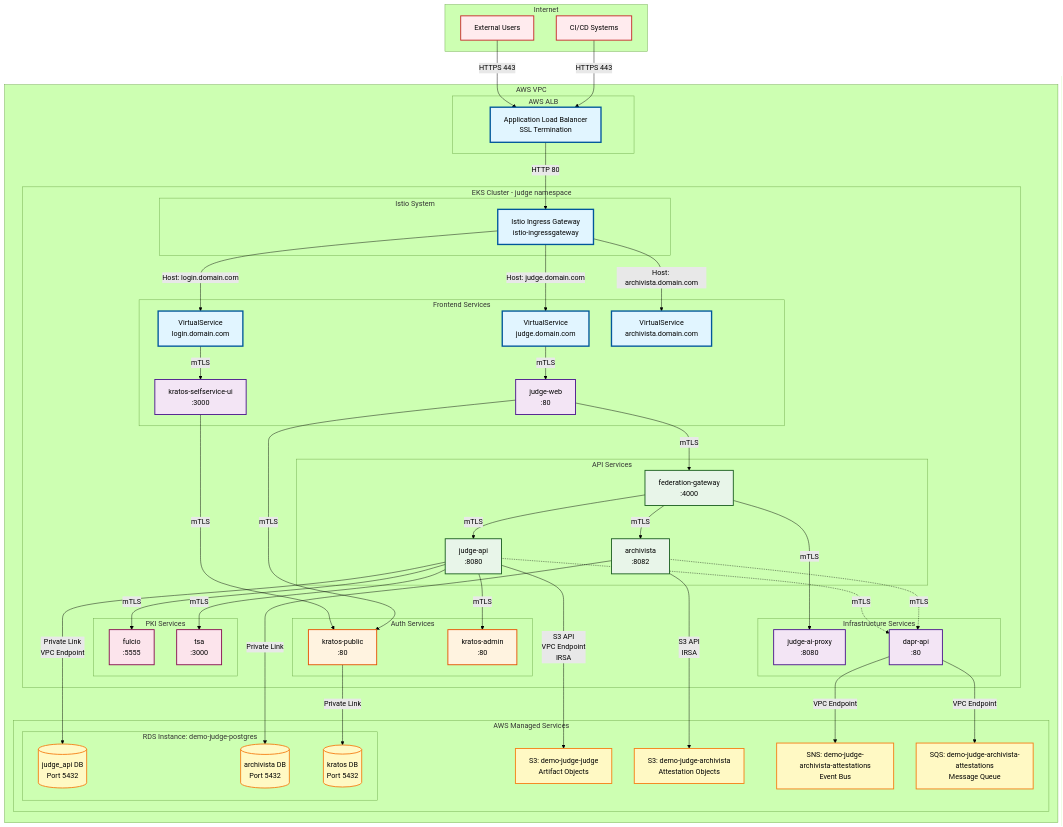
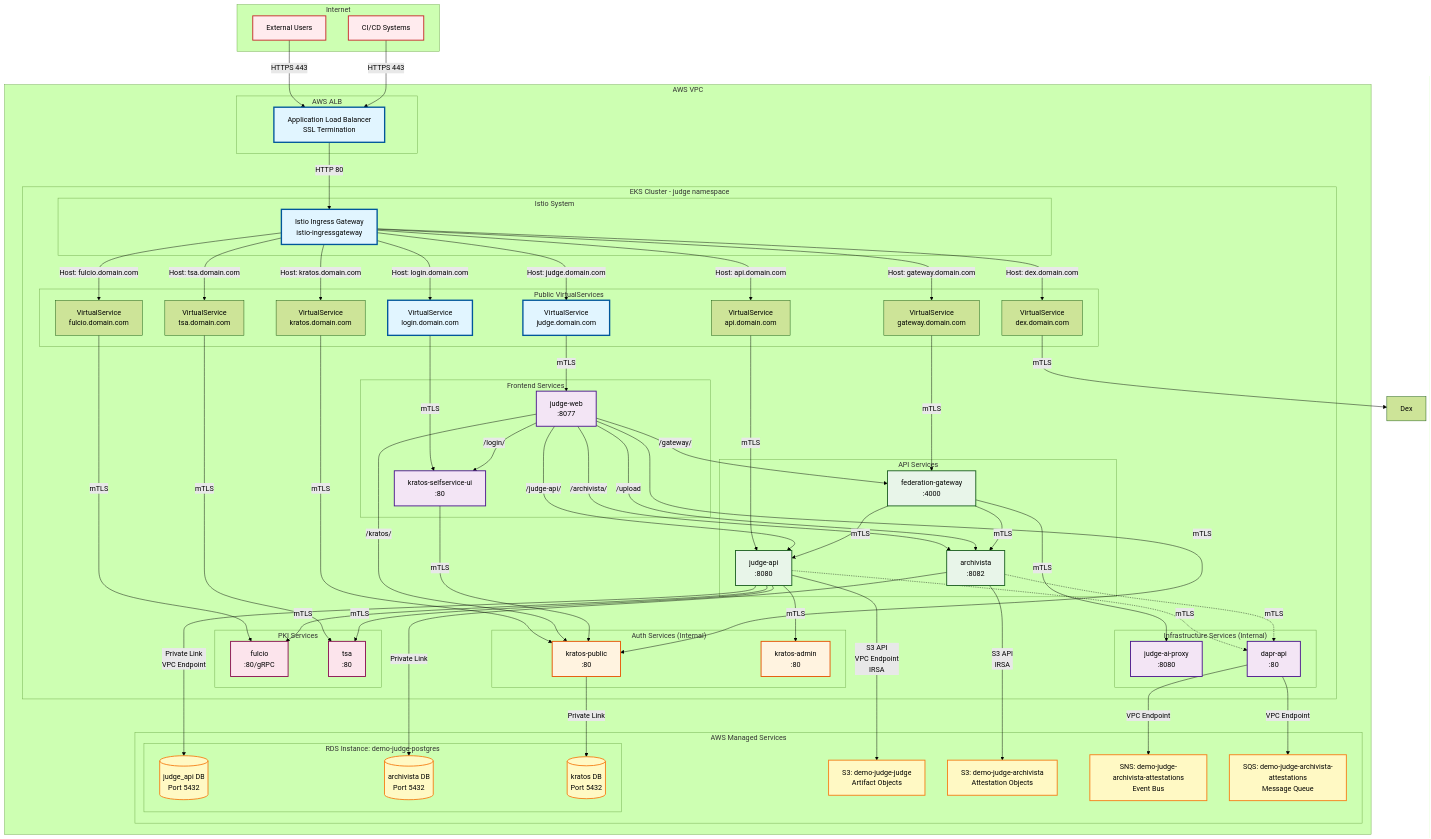
One commit to testifysec/judge-helm-charts changed the diagram in docs/architecture/diagrams/network-topology.md. Above: the diagram before and after it, drawn with Mermaid (forest theme). The commit also changed other lines of this file and 1 other file, not shown here.

```diff
--- a/docs/architecture/diagrams/network-topology.md
+++ b/docs/architecture/diagrams/network-topology.md
@@ -19,13 +19,20 @@
                 Gateway[Istio Ingress Gateway<br/>istio-ingressgateway]
             end
 
-            subgraph "Frontend Services"
+            subgraph "Public VirtualServices"
                 VS_Web[VirtualService<br/>judge.domain.com]
                 VS_Login[VirtualService<br/>login.domain.com]
-                VS_Archivista[VirtualService<br/>archivista.domain.com]
+                VS_API[VirtualService<br/>api.domain.com]
+                VS_Gateway[VirtualService<br/>gateway.domain.com]
+                VS_Kratos[VirtualService<br/>kratos.domain.com]
+                VS_Dex[VirtualService<br/>dex.domain.com]
+                VS_Fulcio[VirtualService<br/>fulcio.domain.com]
+                VS_TSA[VirtualService<br/>tsa.domain.com]
+            end
 
-                JudgeWeb[judge-web<br/>:80]
-                KratosUI[kratos-selfservice-ui<br/>:3000]
+            subgraph "Frontend Services"
+                JudgeWeb[judge-web<br/>:8077]
+                KratosUI[kratos-selfservice-ui<br/>:80]
             end
 
             subgraph "API Services"
@@ -34,17 +41,17 @@
                 Archivista[archivista<br/>:8082]
             end
 
-            subgraph "Auth Services"
+            subgraph "Auth Services (Internal)"
                 KratosPublic[kratos-public<br/>:80]
                 KratosAdmin[kratos-admin<br/>:80]
             end
 
             subgraph "PKI Services"
-                Fulcio[fulcio<br/>:5555]
-                TSA[tsa<br/>:3000]
+                Fulcio[fulcio<br/>:80/gRPC]
+                TSA[tsa<br/>:80]
             end
 
-            subgraph "Infrastructure Services"
+            subgraph "Infrastructure Services (Internal)"
                 AIProxy[judge-ai-proxy<br/>:8080]
                 Dapr[dapr-api<br/>:80]
             end
@@ -70,17 +77,35 @@
     %% ALB to Istio Gateway
     ALB -->|HTTP 80| Gateway
 
-    %% Gateway to VirtualServices
+    %% Gateway to Public VirtualServices
     Gateway -->|Host: judge.domain.com| VS_Web
     Gateway -->|Host: login.domain.com| VS_Login
-    Gateway -->|Host: archivista.domain.com| VS_Archivista
+    Gateway -->|Host: api.domain.com| VS_API
+    Gateway -->|Host: gateway.domain.com| VS_Gateway
+    Gateway -->|Host: kratos.domain.com| VS_Kratos
+    Gateway -->|Host: dex.domain.com| VS_Dex
+    Gateway -->|Host: fulcio.domain.com| VS_Fulcio
+    Gateway -->|Host: tsa.domain.com| VS_TSA
 
-    %% VirtualServices to Frontend
+    %% Public VirtualServices to Services
     VS_Web -->|mTLS| JudgeWeb
     VS_Login -->|mTLS| KratosUI
+    VS_API -->|mTLS| JudgeAPI
+    VS_Gateway -->|mTLS| Gateway_Svc
+    VS_Kratos -->|mTLS| KratosPublic
+    VS_Dex -->|mTLS| Dex
+    VS_Fulcio -->|mTLS| Fulcio
+    VS_TSA -->|mTLS| TSA
 
-    %% Frontend to API Gateway
-    JudgeWeb -->|mTLS| Gateway_Svc
+    %% Frontend Path-Based Routing
+    JudgeWeb -->|/archivista/| Archivista
+    JudgeWeb -->|/upload| Archivista
+    JudgeWeb -->|/judge-api/| JudgeAPI
+    JudgeWeb -->|/gateway/| Gateway_Svc
+    JudgeWeb -->|/kratos/| KratosPublic
+    JudgeWeb -->|/login/| KratosUI
+
+    %% Frontend to Auth (internal)
     KratosUI -->|mTLS| KratosPublic
 
     %% API Gateway to Backend
```
